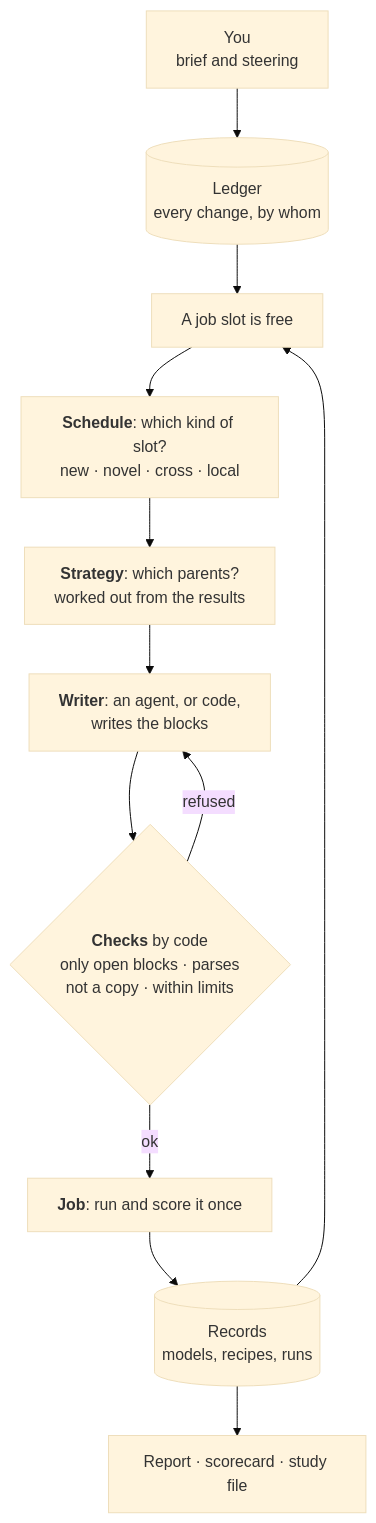
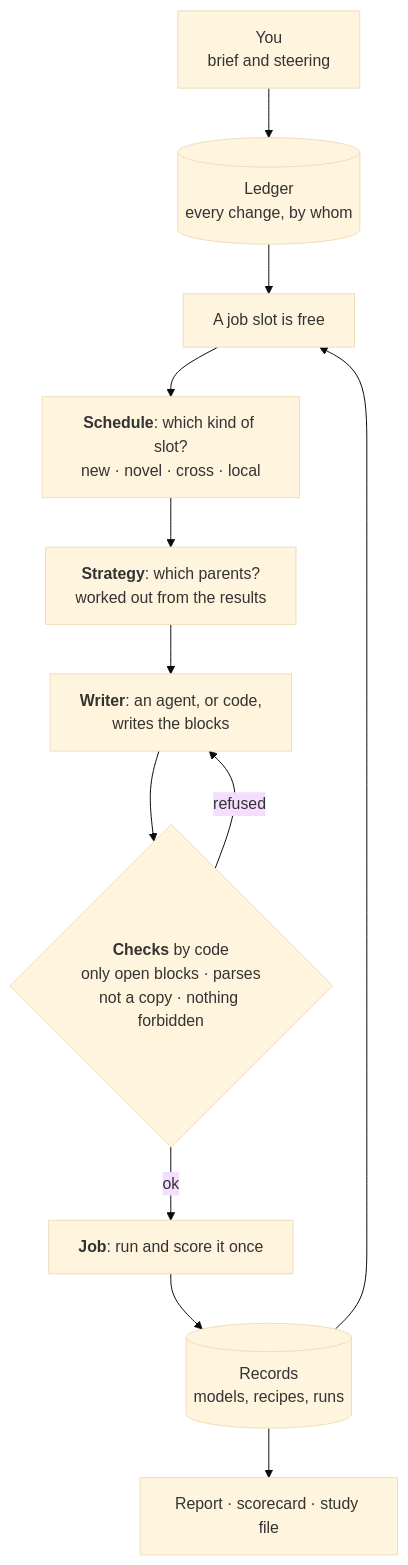
Before and after one commit to cameo-db/evoloop: the diagram in docs/how-it-works.md, drawn with Mermaid (base theme). The commit also changed 43 other files, not shown here.

````diff
--- a/docs/how-it-works.md
+++ b/docs/how-it-works.md
@@ -3,14 +3,14 @@
 ```mermaid
 flowchart TD
     You["You<br>brief and steering"] --> Ledger[("Ledger<br>every change, by whom")]
     Ledger --> Slot["A job slot is free"]
     Slot --> Schedule["<b>Schedule</b>: which kind of slot?<br>new · novel · cross · local"]
     Schedule --> Strategy["<b>Strategy</b>: which parents?<br>worked out from the results"]
     Strategy --> Writer["<b>Writer</b>: an agent, or code,<br>writes the blocks"]
-    Writer --> Checks{"<b>Checks</b> by code<br>only open blocks · parses<br>not a copy · within limits"}
+    Writer --> Checks{"<b>Checks</b> by code<br>only open blocks · parses<br>not a copy · nothing forbidden"}
     Checks -- refused --> Writer
     Checks -- ok --> Job["<b>Job</b>: run and score it once"]
     Job --> Records[("Records<br>models, recipes, runs")]
     Records --> Slot
     Records --> Out["Report · scorecard · study file"]
 ```
````
